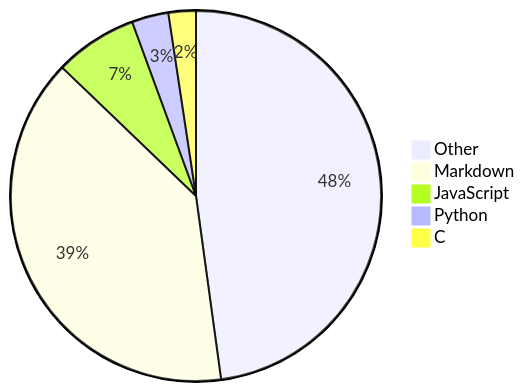
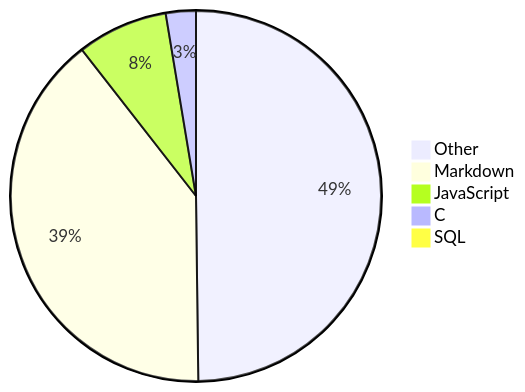
The diagram in README.md (Alicia111/alicia111), drawn with Mermaid before and after one commit.

Commit message:
Update WakaTime stats (・ω・)b

````diff
--- a/README.md
+++ b/README.md
@@ -32,8 +32,8 @@
 ```mermaid
 pie
-    "Other" : 47.04
-    "Markdown" : 38.69
-    "JavaScript" : 7.11
-    "Python" : 3.15
-    "C" : 2.35
+    "Other" : 49.18
+    "Markdown" : 39.16
+    "JavaScript" : 7.82
+    "C" : 2.59
+    "SQL" : 0.72
 ```
````
